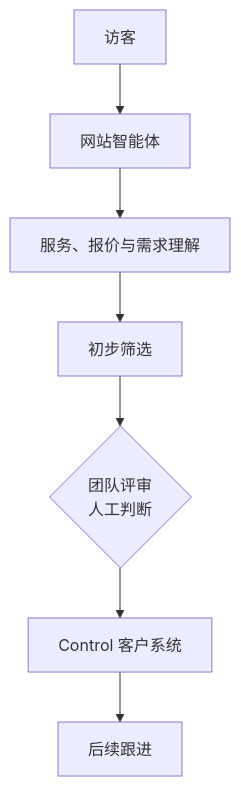
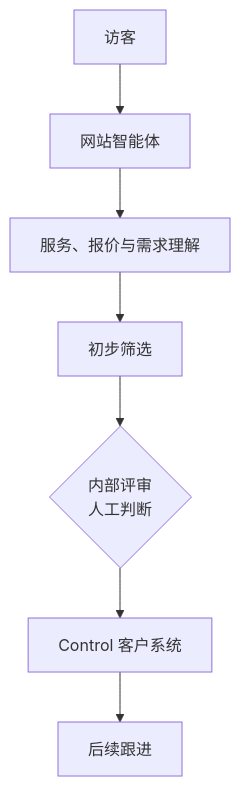
One commit to CaliCastle/cali.so changed the third of 4 diagrams in content/blog/we-decided-to-stop-buying-saas/index.mdx. Above: the diagram before and after it, drawn with Mermaid. The commit also changed other lines of this file and 4 other files, not shown here.

First line of the commit message:
feat(blog): new cover and figure art, adapt English localization

````diff
--- a/content/blog/we-decided-to-stop-buying-saas/index.mdx
+++ b/content/blog/we-decided-to-stop-buying-saas/index.mdx
@@ -160,4 +158,4 @@
 ```mermaid caption="智能体负责整理和初筛，团队保留真正的判断。"
 flowchart TB
-  V["访客"] --> W["网站智能体"] --> U["服务、报价与需求理解"] --> Q["初步筛选"] --> H{"团队评审<br/>人工判断"} --> C["Control 客户系统"] --> F["后续跟进"]
+  V["访客"] --> W["网站智能体"] --> U["服务、报价与需求理解"] --> Q["初步筛选"] --> H{"内部评审<br/>人工判断"} --> C["Control 客户系统"] --> F["后续跟进"]
 ```
````
